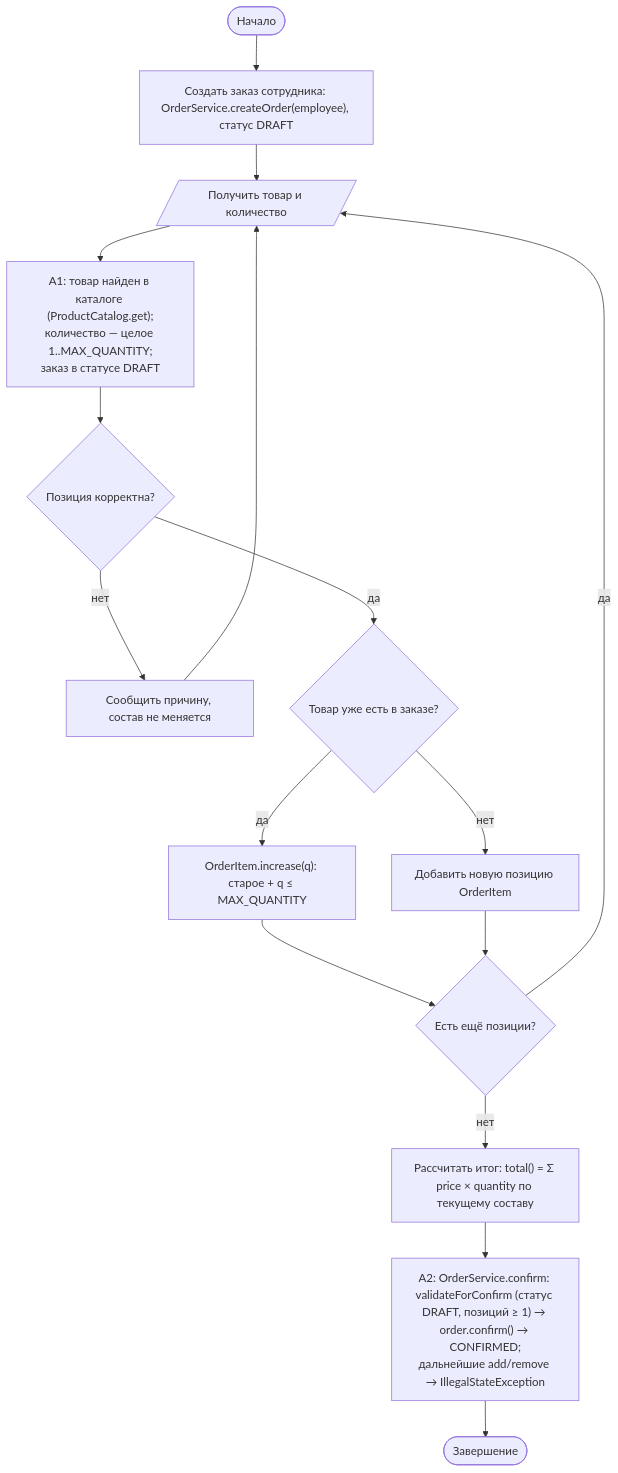
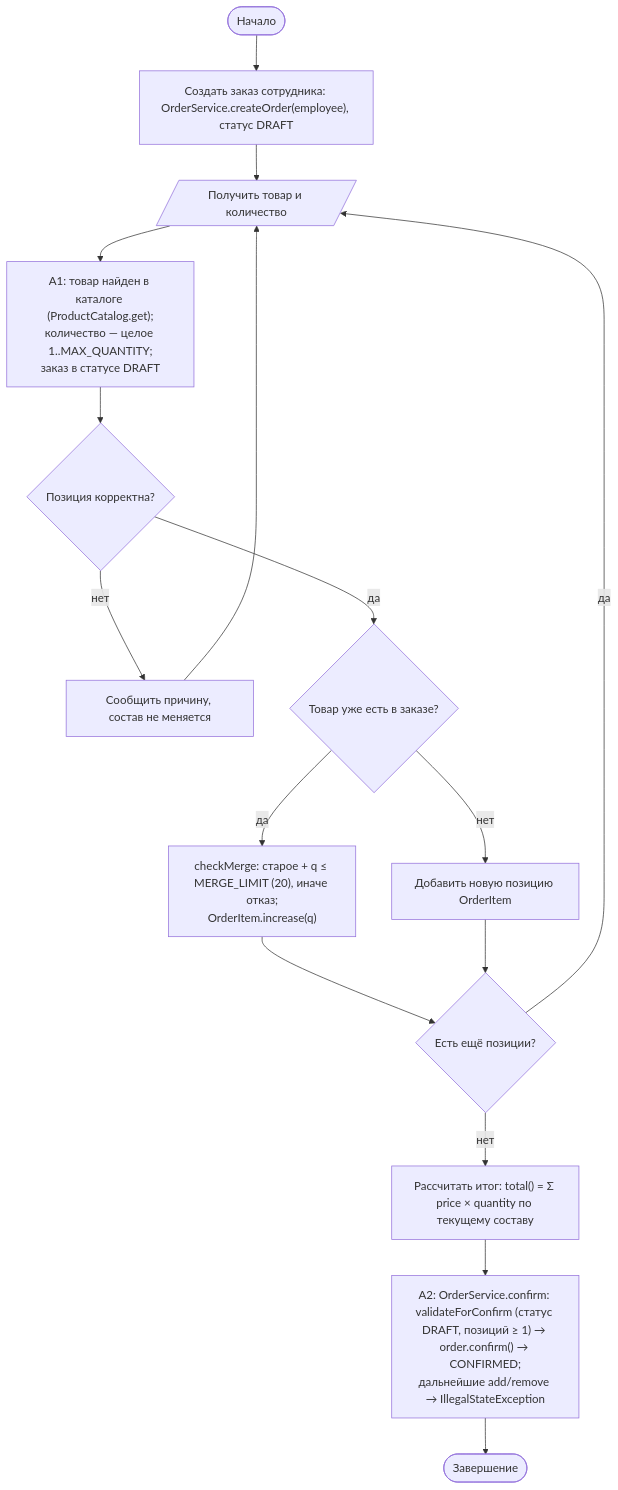
Before and after one commit to f1shi/java-practice: the first of 2 diagrams in pr07/README.md, drawn with Mermaid. The commit also changed other lines of this file and 68 other files, not shown here.

````diff
--- a/pr07/README.md
+++ b/pr07/README.md
@@ -20,16 +21,16 @@
 ```mermaid
 flowchart TD
     S([Начало]) --> C["Создать заказ сотрудника: OrderService.createOrder(employee), статус DRAFT"]
     C --> IN[/Получить товар и количество/]
     IN --> A1["A1: товар найден в каталоге (ProductCatalog.get);<br/>количество — целое 1..MAX_QUANTITY;<br/>заказ в статусе DRAFT"]
     A1 --> V{Позиция корректна?}
     V -- нет --> ERR[Сообщить причину, состав не меняется] --> IN
     V -- да --> EX{Товар уже есть в заказе?}
-    EX -- да --> INC["OrderItem.increase(q): старое + q ≤ MAX_QUANTITY"]
+    EX -- да --> INC["checkMerge: старое + q ≤ MERGE_LIMIT (20), иначе отказ;<br/>OrderItem.increase(q)"]
     EX -- нет --> ADD[Добавить новую позицию OrderItem]
     INC & ADD --> MORE{Есть ещё позиции?}
     MORE -- да --> IN
     MORE -- нет --> T["Рассчитать итог: total() = Σ price × quantity по текущему составу"]
     T --> A2["A2: OrderService.confirm: validateForConfirm (статус DRAFT, позиций ≥ 1) → order.confirm() → CONFIRMED;<br/>дальнейшие add/remove → IllegalStateException"]
     A2 --> E([Завершение])
 ```
````
